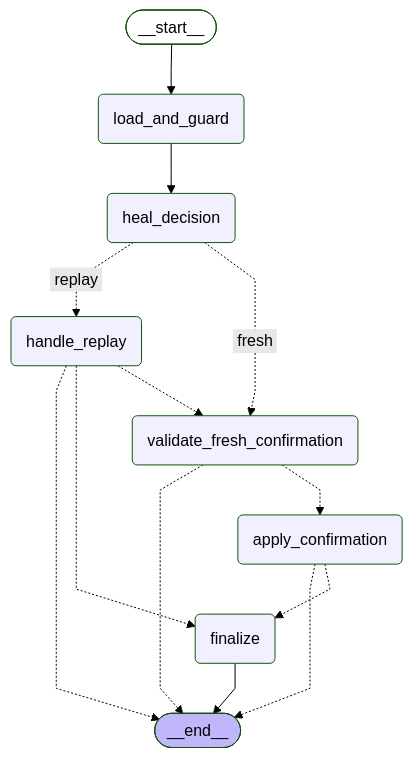
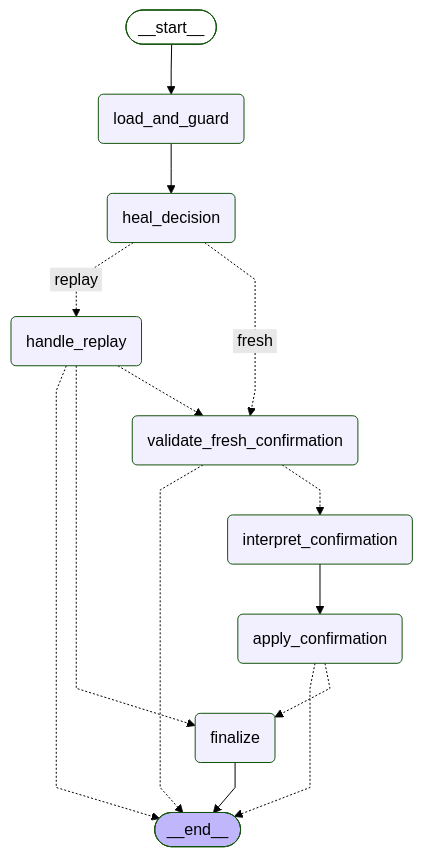
Before and after one commit to ChristianMendozaa/banking-orchestration-system: the fifth of 10 diagrams in README.md, drawn with Mermaid (forest theme). The commit also changed 36 other files, not shown here.

````diff
--- a/README.md
+++ b/README.md
@@ -309,31 +309,33 @@
 ```mermaid
 ---
 config:
   flowchart:
     curve: linear
 ---
 graph TD;
 	__start__([<p>__start__</p>]):::first
 	load_and_guard(load_and_guard)
 	heal_decision(heal_decision)
 	handle_replay(handle_replay)
 	validate_fresh_confirmation(validate_fresh_confirmation)
+	interpret_confirmation(interpret_confirmation)
 	apply_confirmation(apply_confirmation)
 	finalize(finalize)
 	__end__([<p>__end__</p>]):::last
 	__start__ --> load_and_guard;
 	apply_confirmation -.-> __end__;
 	apply_confirmation -.-> finalize;
 	handle_replay -.-> __end__;
 	handle_replay -.-> finalize;
 	handle_replay -.-> validate_fresh_confirmation;
 	heal_decision -. &nbsp;replay&nbsp; .-> handle_replay;
 	heal_decision -. &nbsp;fresh&nbsp; .-> validate_fresh_confirmation;
+	interpret_confirmation --> apply_confirmation;
 	load_and_guard --> heal_decision;
 	validate_fresh_confirmation -.-> __end__;
-	validate_fresh_confirmation -.-> apply_confirmation;
+	validate_fresh_confirmation -.-> interpret_confirmation;
 	finalize --> __end__;
 	classDef default fill:#f2f0ff,line-height:1.2
 	classDef first fill-opacity:0
 	classDef last fill:#bfb6fc
 ```
````
